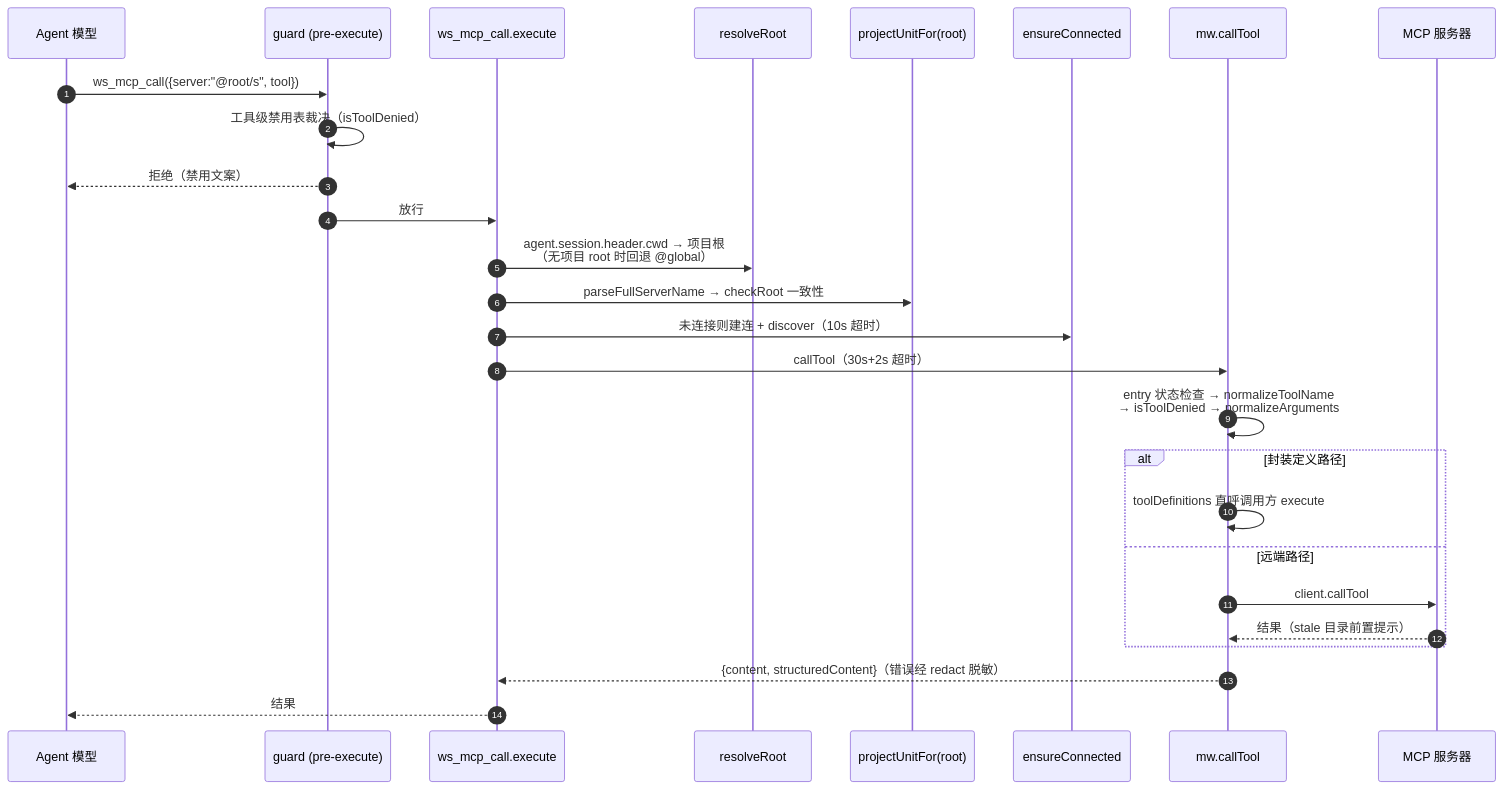
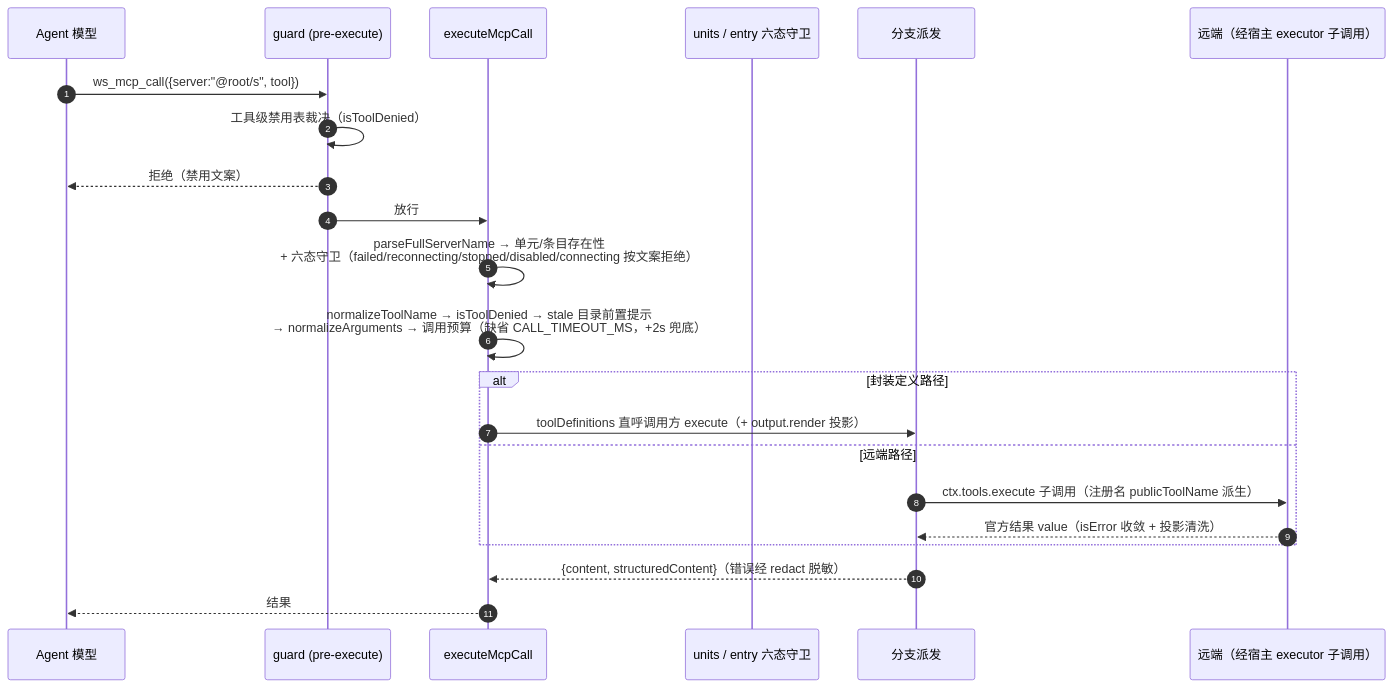
One commit to wingsky-1/dsh-plugin-hub changed the fourth of 4 diagrams in docs/architecture/dsh-mcp-manager.md. Above: the diagram before and after it, drawn with Mermaid. The commit also changed other lines of this file and 7 other files, not shown here.

````diff
--- a/docs/architecture/dsh-mcp-manager.md
+++ b/docs/architecture/dsh-mcp-manager.md
@@ -152,30 +157,25 @@
 ```mermaid
 sequenceDiagram
     autonumber
     participant M as Agent 模型
     participant G as guard (pre-execute)
-    participant C as ws_mcp_call.execute
-    participant R as resolveRoot
-    participant U as projectUnitFor(root)
-    participant E as ensureConnected
-    participant X as mw.callTool
-    participant SRV as MCP 服务器
+    participant C as executeMcpCall
+    participant U as units / entry 六态守卫
+    participant X as 分支派发
+    participant SRV as 远端（经宿主 executor 子调用）
 
     M->>G: ws_mcp_call({server:"@root/s", tool})
     G->>G: 工具级禁用表裁决（isToolDenied）
     G-->>M: 拒绝（禁用文案）
     G->>C: 放行
-    C->>R: agent.session.header.cwd → 项目根<br/>（无项目 root 时回退 @global）
-    C->>U: parseFullServerName → checkRoot 一致性
-    C->>E: 未连接则建连 + discover（10s 超时）
-    C->>X: callTool（30s+2s 超时）
-    X->>X: entry 状态检查 → normalizeToolName<br/>→ isToolDenied → normalizeArguments
+    C->>C: parseFullServerName → 单元/条目存在性<br/>+ 六态守卫（failed/reconnecting/stopped/disabled/connecting 按文案拒绝）
+    C->>C: normalizeToolName → isToolDenied → stale 目录前置提示<br/>→ normalizeArguments → 调用预算（缺省 CALL_TIMEOUT_MS，+2s 兜底）
     alt 封装定义路径
-        X->>X: toolDefinitions 直呼调用方 execute
+        C->>X: toolDefinitions 直呼调用方 execute（+ output.render 投影）
     else 远端路径
-        X->>SRV: client.callTool
-        SRV-->>X: 结果（stale 目录前置提示）
+        X->>SRV: ctx.tools.execute 子调用（注册名 publicToolName 派生）
+        SRV-->>X: 官方结果 value（isError 收敛 + 投影清洗）
     end
     X-->>C: {content, structuredContent}（错误经 redact 脱敏）
     C-->>M: 结果
 ```
````
